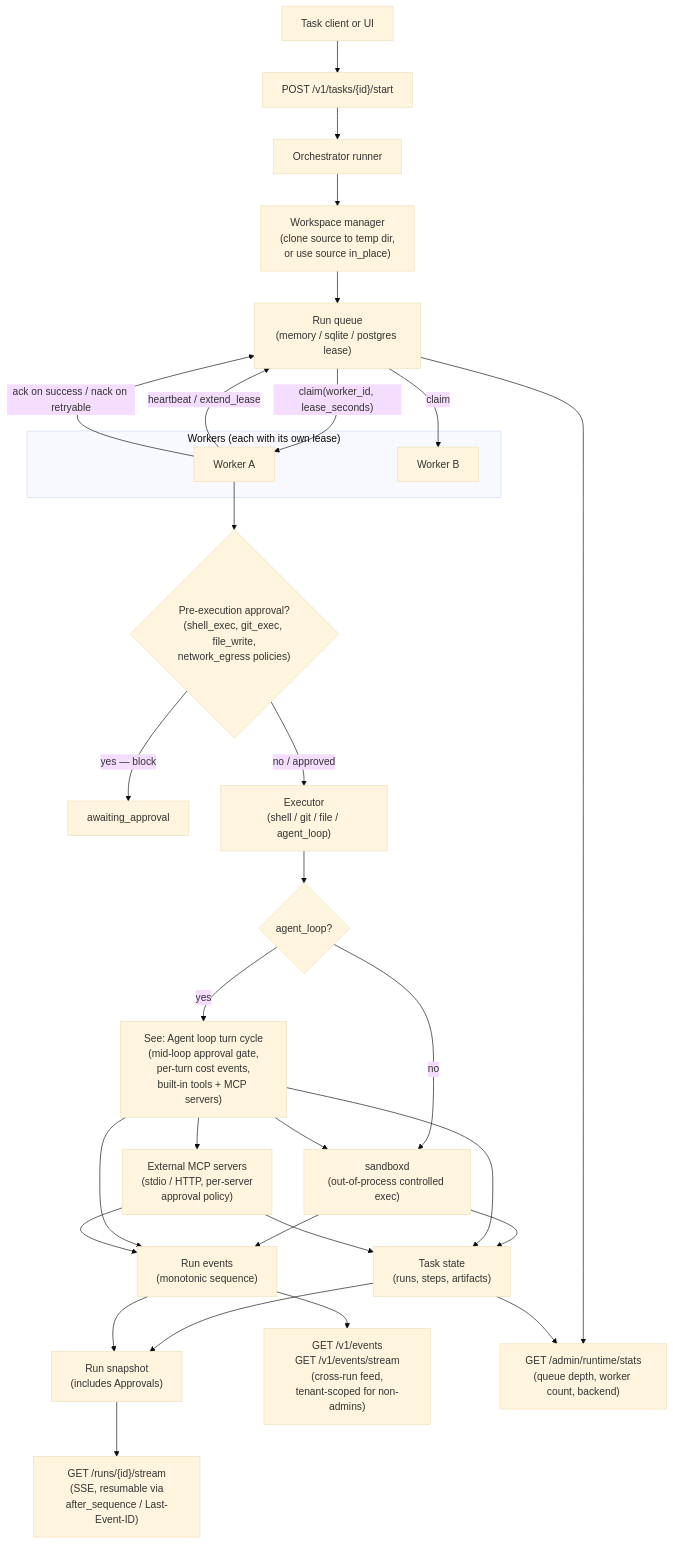
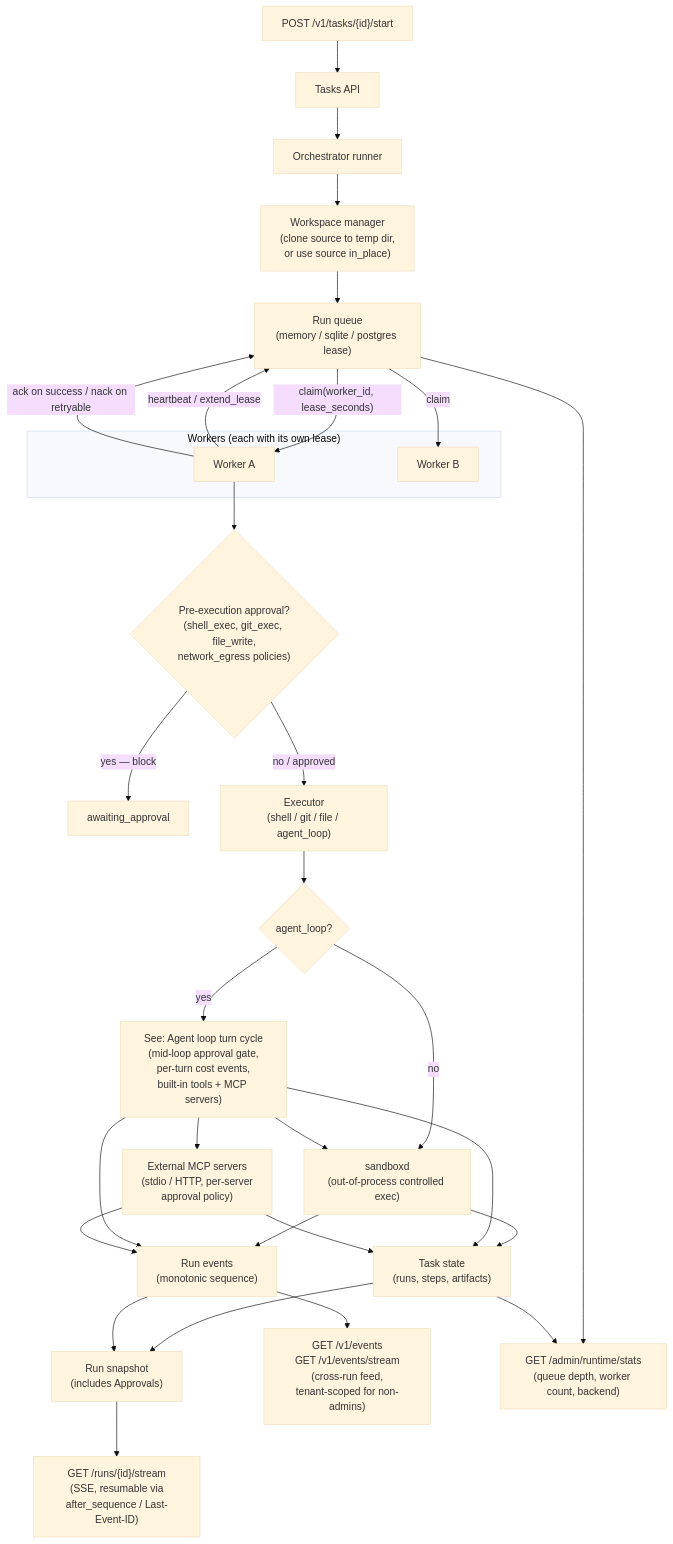
The second of 3 diagrams in docs/architecture.md (hecatehq/hecate), drawn with Mermaid (base theme) before and after one commit. The commit also changed other lines of this file and 3 other files, not shown here.

````diff
--- a/docs/architecture.md
+++ b/docs/architecture.md
@@ -59,43 +59,43 @@
 ```mermaid
 flowchart TD
-    Client["Task client or UI"] --> TasksApi["POST /v1/tasks/{id}/start"]
+    Caller["POST /v1/tasks/{id}/start"] --> TasksApi["Tasks API"]
     TasksApi --> Runner["Orchestrator runner"]
     Runner --> Workspace["Workspace manager<br/>(clone source to temp dir,<br/>or use source in_place)"]
     Workspace --> Queue["Run queue<br/>(memory / sqlite / postgres lease)"]
 
     subgraph Workers["Workers (each with its own lease)"]
         WorkerA["Worker A"]
         WorkerB["Worker B"]
     end
 
     Queue -->|"claim(worker_id, lease_seconds)"| WorkerA
     Queue -->|"claim"| WorkerB
     WorkerA -->|"heartbeat / extend_lease"| Queue
     WorkerA -->|"ack on success / nack on retryable"| Queue
 
     WorkerA --> PreApproval{"Pre-execution approval?<br/>(shell_exec, git_exec, file_write,<br/>network_egress policies)"}
     PreApproval -->|"yes — block"| Pending["awaiting_approval"]
     PreApproval -->|"no / approved"| Executor
 
     Executor["Executor<br/>(shell / git / file / agent_loop)"]
     Executor --> AgentLoop{"agent_loop?"}
     AgentLoop -->|"yes"| LoopRef["See: Agent loop turn cycle<br/>(mid-loop approval gate,<br/>per-turn cost events,<br/>built-in tools + MCP servers)"]
     AgentLoop -->|"no"| Sandboxd["sandboxd<br/>(out-of-process controlled exec)"]
     LoopRef --> Sandboxd
     LoopRef --> McpServers["External MCP servers<br/>(stdio / HTTP, per-server<br/>approval policy)"]
 
     Sandboxd --> State["Task state<br/>(runs, steps, artifacts)"]
     LoopRef --> State
     McpServers --> State
     Sandboxd --> RunEvents["Run events<br/>(monotonic sequence)"]
     LoopRef --> RunEvents
     McpServers --> RunEvents
 
     State --> Snapshot["Run snapshot<br/>(includes Approvals)"]
     RunEvents --> Snapshot
     Snapshot --> Stream["GET /runs/{id}/stream<br/>(SSE, resumable via<br/>after_sequence / Last-Event-ID)"]
     RunEvents --> PublicEvents["GET /v1/events<br/>GET /v1/events/stream<br/>(cross-run feed,<br/>tenant-scoped for non-admins)"]
 
     Queue --> Stats["GET /admin/runtime/stats<br/>(queue depth, worker count, backend)"]
     State --> Stats
 ```
````
